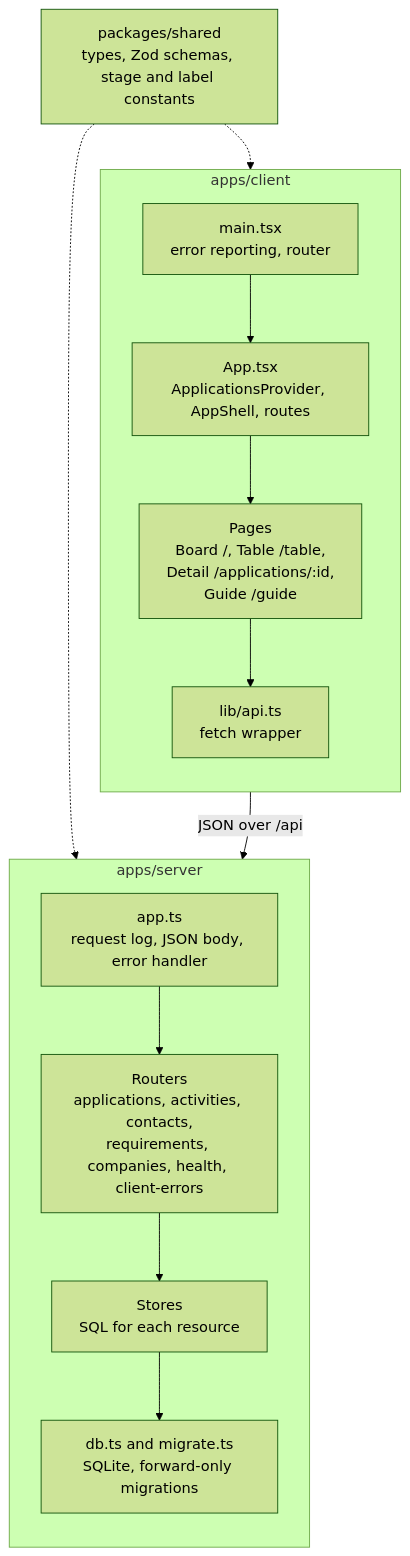
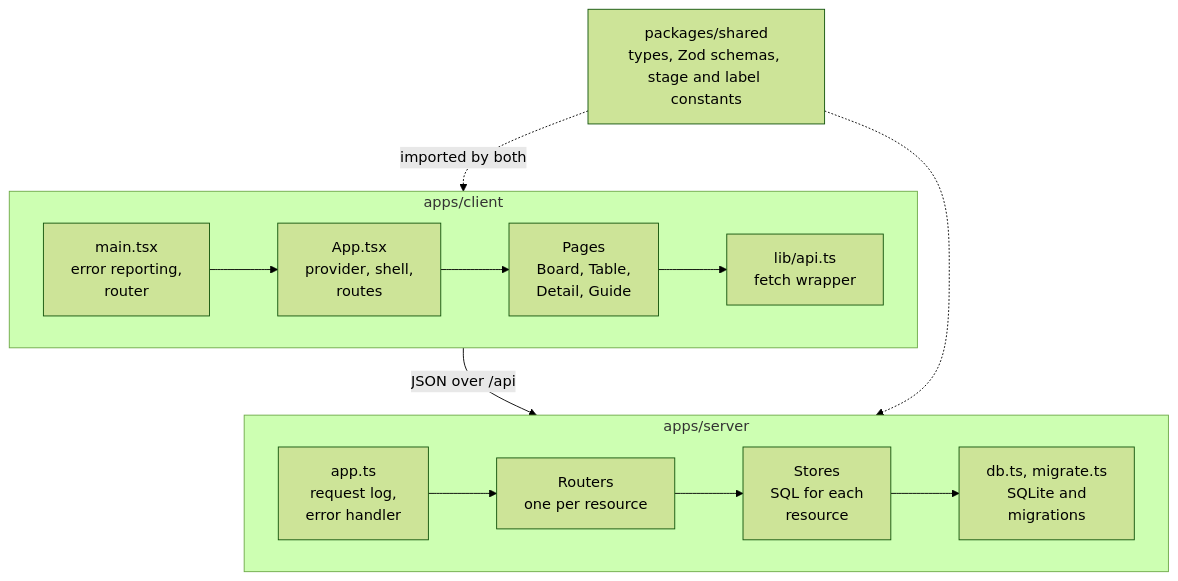
One commit to gurungsh/job-tracker changed the second of 4 diagrams in README.md. Above: the diagram before and after it, drawn with Mermaid (forest theme). The commit also changed other lines of this file and 9 other files, not shown here.

````diff
--- a/README.md
+++ b/README.md
@@ -93,26 +113,18 @@
 ```mermaid
 flowchart TB
+  subgraph client["apps/client"]
+    direction LR
+    M["main.tsx<br/>error reporting,<br/>router"] --> A["App.tsx<br/>provider, shell,<br/>routes"] --> P["Pages<br/>Board, Table,<br/>Detail, Guide"] --> API["lib/api.ts<br/>fetch wrapper"]
+  end
+
+  subgraph server["apps/server"]
+    direction LR
+    APP["app.ts<br/>request log,<br/>error handler"] --> R["Routers<br/>one per resource"] --> ST["Stores<br/>SQL for each<br/>resource"] --> D["db.ts, migrate.ts<br/>SQLite and<br/>migrations"]
+  end
+
   S["packages/shared<br/>types, Zod schemas, stage and label constants"]
 
-  subgraph server["apps/server"]
-    direction TB
-    APP["app.ts<br/>request log, JSON body, error handler"]
-    R["Routers<br/>applications, activities, contacts,<br/>requirements, companies, health, client-errors"]
-    ST["Stores<br/>SQL for each resource"]
-    D["db.ts and migrate.ts<br/>SQLite, forward-only migrations"]
-    APP --> R --> ST --> D
-  end
-
-  subgraph client["apps/client"]
-    direction TB
-    M["main.tsx<br/>error reporting, router"]
-    A["App.tsx<br/>ApplicationsProvider, AppShell, routes"]
-    P["Pages<br/>Board /, Table /table,<br/>Detail /applications/:id,<br/>Guide /guide"]
-    API["lib/api.ts<br/>fetch wrapper"]
-    M --> A --> P --> API
-  end
-
-  API -->|"JSON over /api"| APP
+  client -->|JSON over /api| server
+  S -.->|imported by both| client
   S -.-> server
-  S -.-> client
 ```
````
